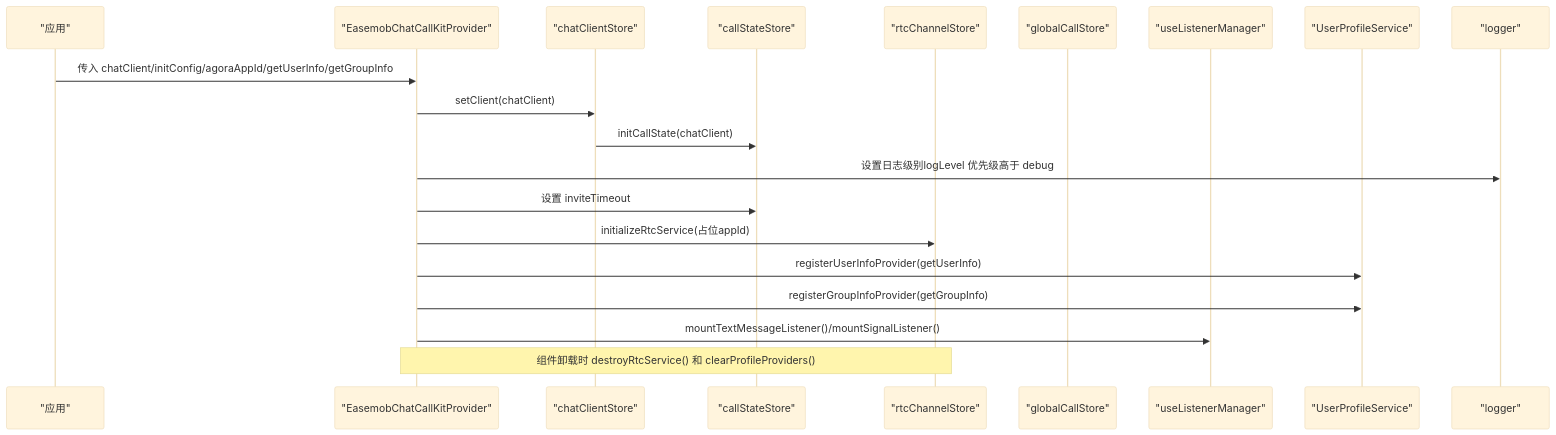
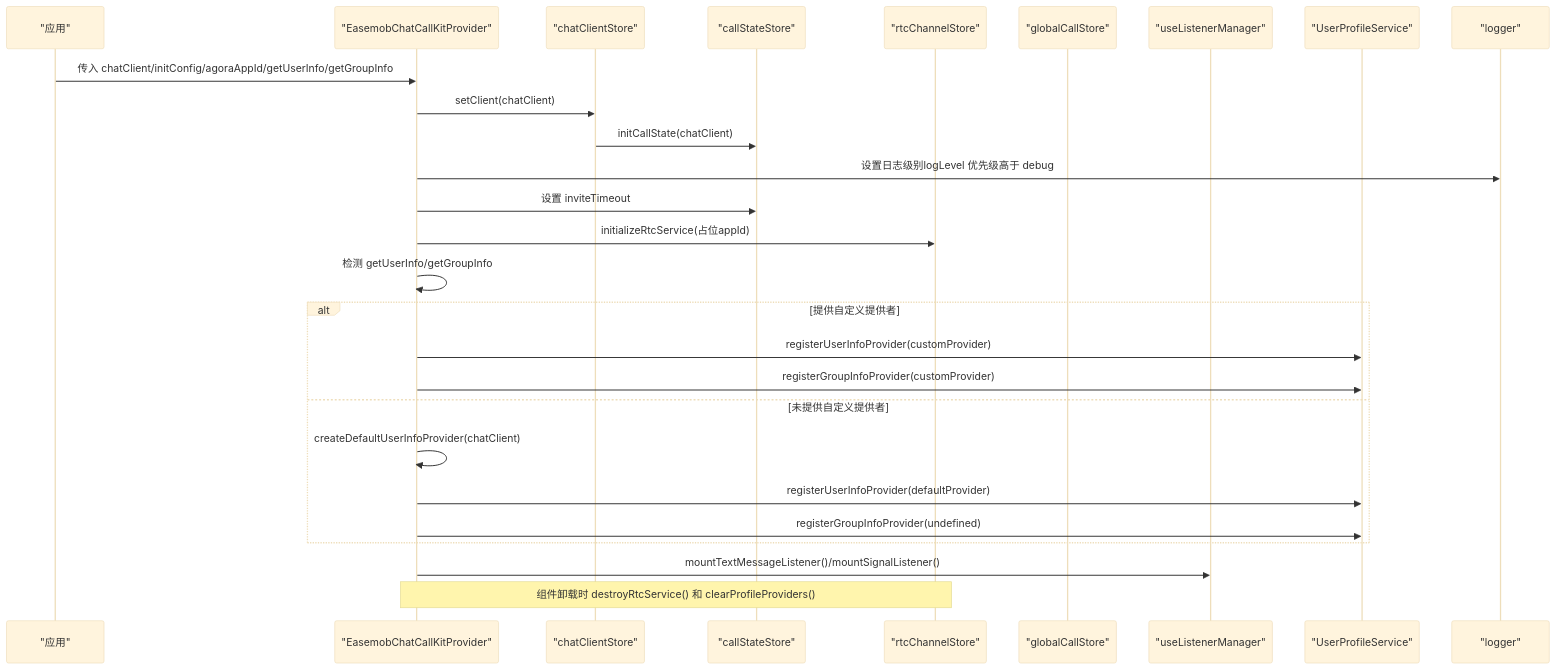
The second of 5 diagrams in .qoder/repowiki/zh/content/核心组件/Provider 组件.md (Easemob-Community/easemob-uikit-callkit-vue3), drawn with Mermaid (base theme) before and after one commit. The commit also changed other lines of this file and 12 other files, not shown here.

First line of the commit message:
feat: call / groupCall 支持主动传入 caller userInfo

````diff
--- a/.qoder/repowiki/zh/content/核心组件/Provider 组件.md
+++ b/.qoder/repowiki/zh/content/核心组件/Provider 组件.md
@@ -142,22 +142,29 @@
 ```mermaid
 sequenceDiagram
 participant App as "应用"
 participant Provider as "EasemobChatCallKitProvider"
 participant ChatStore as "chatClientStore"
 participant CallState as "callStateStore"
 participant RtcStore as "rtcChannelStore"
 participant GlobalStore as "globalCallStore"
 participant Listener as "useListenerManager"
 participant UserSvc as "UserProfileService"
 participant Logger as "logger"
 App->>Provider : 传入 chatClient/initConfig/agoraAppId/getUserInfo/getGroupInfo
 Provider->>ChatStore : setClient(chatClient)
 ChatStore->>CallState : initCallState(chatClient)
 Provider->>Logger : 设置日志级别logLevel 优先级高于 debug
 Provider->>CallState : 设置 inviteTimeout
 Provider->>RtcStore : initializeRtcService(占位appId)
-Provider->>UserSvc : registerUserInfoProvider(getUserInfo)
-Provider->>UserSvc : registerGroupInfoProvider(getGroupInfo)
+Provider->>Provider : 检测 getUserInfo/getGroupInfo
+alt 提供自定义提供者
+Provider->>UserSvc : registerUserInfoProvider(customProvider)
+Provider->>UserSvc : registerGroupInfoProvider(customProvider)
+else 未提供自定义提供者
+Provider->>Provider : createDefaultUserInfoProvider(chatClient)
+Provider->>UserSvc : registerUserInfoProvider(defaultProvider)
+Provider->>UserSvc : registerGroupInfoProvider(undefined)
+end
 Provider->>Listener : mountTextMessageListener()/mountSignalListener()
 Note over Provider,RtcStore : 组件卸载时 destroyRtcService() 和 clearProfileProviders()
 ```
````
